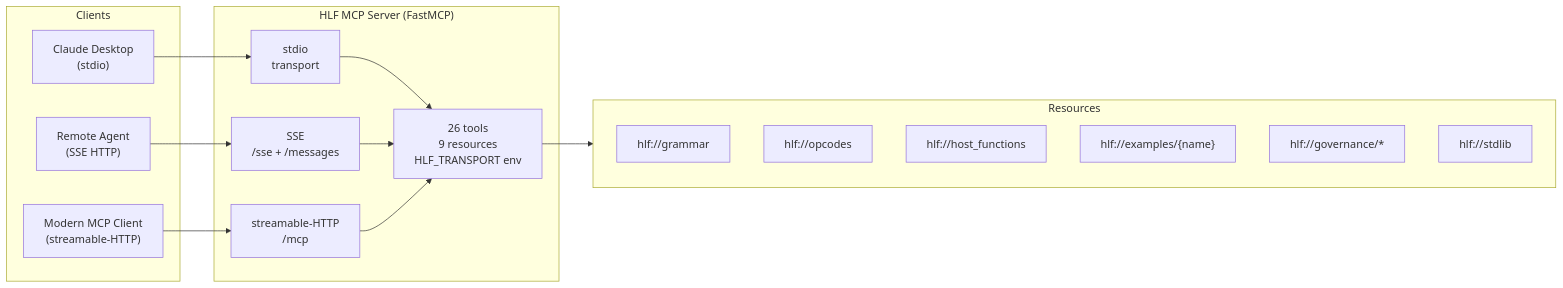
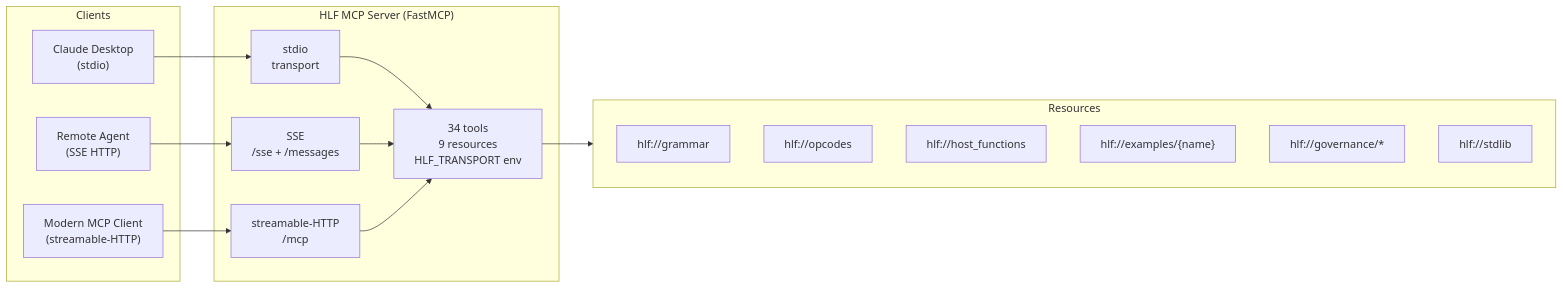
Before and after one commit to Grumpified-OGGVCT/HLF-Hieroglyphic-Logic-Framework-MCP: the seventh of 8 diagrams in README.md, drawn with Mermaid. The commit also changed other lines of this file and 91 other files, not shown here.

````diff
--- a/README.md
+++ b/README.md
@@ -770,32 +802,32 @@
 ```mermaid
 graph LR
     subgraph Clients
         C1["Claude Desktop\n(stdio)"]
         C2["Remote Agent\n(SSE HTTP)"]
         C3["Modern MCP Client\n(streamable-HTTP)"]
     end
 
     subgraph Server["HLF MCP Server  (FastMCP)"]
         T1["stdio\ntransport"]
         T2["SSE\n/sse + /messages"]
         T3["streamable-HTTP\n/mcp"]
-        Core["26 tools\n9 resources\nHLF_TRANSPORT env"]
+        Core["34 tools\n9 resources\nHLF_TRANSPORT env"]
         T1 --> Core
         T2 --> Core
         T3 --> Core
     end
 
     subgraph Resources
         R1["hlf://grammar"]
         R2["hlf://opcodes"]
         R3["hlf://host_functions"]
         R4["hlf://examples/{name}"]
         R5["hlf://governance/*"]
         R6["hlf://stdlib"]
     end
 
     C1 --> T1
     C2 --> T2
     C3 --> T3
     Core --> Resources
 ```
````
